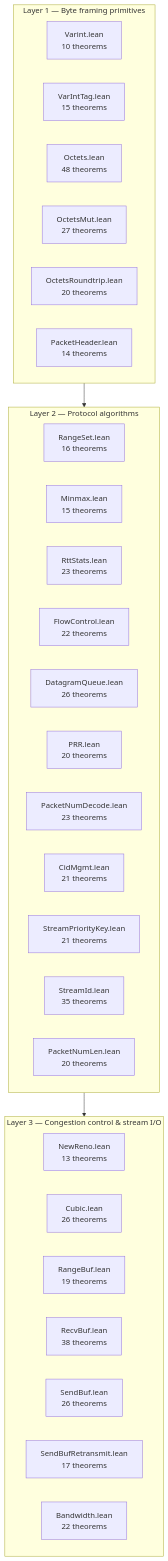
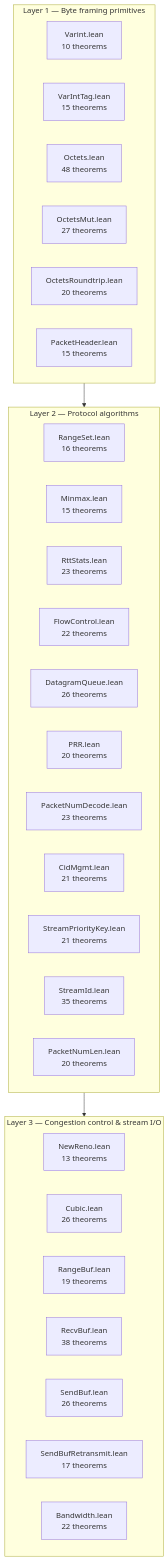
The first of 7 diagrams in formal-verification/REPORT.md (dsyme/quiche), drawn with Mermaid before and after one commit. The commit also changed other lines of this file and 1 other file, not shown here.

First line of the commit message:
formal-verification: close last sorry in PacketHeader.lean

````diff
--- a/formal-verification/REPORT.md
+++ b/formal-verification/REPORT.md
@@ -44,35 +46,35 @@
 ```mermaid
 graph TD
     subgraph L1["Layer 1 — Byte framing primitives"]
         Varint["Varint.lean<br/>10 theorems"]
         VarIntTag["VarIntTag.lean<br/>15 theorems"]
         Octets["Octets.lean<br/>48 theorems"]
         OctetsMut["OctetsMut.lean<br/>27 theorems"]
         OctetsRT["OctetsRoundtrip.lean<br/>20 theorems"]
-        PacketHeader["PacketHeader.lean<br/>14 theorems"]
+        PacketHeader["PacketHeader.lean<br/>15 theorems"]
     end
     subgraph L2["Layer 2 — Protocol algorithms"]
         RangeSet["RangeSet.lean<br/>16 theorems"]
         Minmax["Minmax.lean<br/>15 theorems"]
         RttStats["RttStats.lean<br/>23 theorems"]
         FlowControl["FlowControl.lean<br/>22 theorems"]
         DatagramQueue["DatagramQueue.lean<br/>26 theorems"]
         PRR["PRR.lean<br/>20 theorems"]
         PacketNumDecode["PacketNumDecode.lean<br/>23 theorems"]
         CidMgmt["CidMgmt.lean<br/>21 theorems"]
         StreamPriorityKey["StreamPriorityKey.lean<br/>21 theorems"]
         StreamId["StreamId.lean<br/>35 theorems"]
         PacketNumLen["PacketNumLen.lean<br/>20 theorems"]
     end
     subgraph L3["Layer 3 — Congestion control & stream I/O"]
         NewReno["NewReno.lean<br/>13 theorems"]
         Cubic["Cubic.lean<br/>26 theorems"]
         RangeBuf["RangeBuf.lean<br/>19 theorems"]
         RecvBuf["RecvBuf.lean<br/>38 theorems"]
         SendBuf["SendBuf.lean<br/>26 theorems"]
         SendBufRT["SendBufRetransmit.lean<br/>17 theorems"]
         Bandwidth["Bandwidth.lean<br/>22 theorems"]
     end
     L1 --> L2
     L2 --> L3
 ```
````
